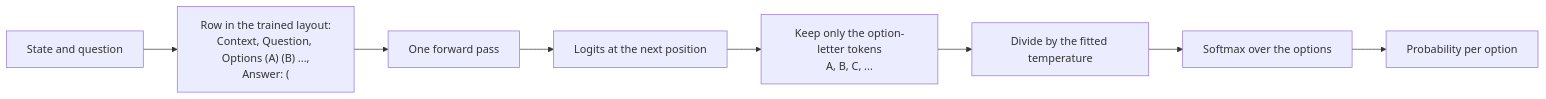
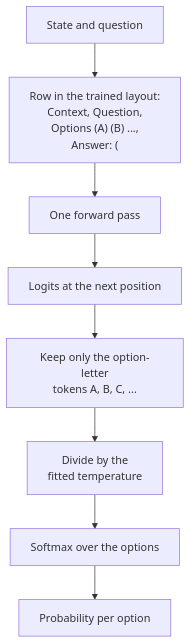
Before and after one commit to fontlaborg/ornotto: the second of 7 diagrams in src_docs/md/03-engines.md, drawn with Mermaid. The commit also changed other lines of this file and 10 other files, not shown here.

Commit message:
Make the diagrams legible and match the theme

````diff
--- a/src_docs/md/03-engines.md
+++ b/src_docs/md/03-engines.md
@@ -86,10 +87,11 @@
 ```mermaid
-flowchart LR
-    S["State and question"] --> P["Row in the trained layout:<br>Context, Question, Options (A) (B) ...,<br>Answer: ("]
+%%{init: {"flowchart": {"useMaxWidth": false}}}%%
+flowchart TD
+    S["State and question"] --> P["Row in the trained layout:<br>Context, Question,<br>Options (A) (B) ...,<br>Answer: ("]
     P --> F["One forward pass"]
     F --> L["Logits at the next position"]
-    L --> K["Keep only the option-letter tokens<br>A, B, C, ..."]
-    K --> T["Divide by the fitted temperature"]
+    L --> K["Keep only the option-letter<br>tokens A, B, C, ..."]
+    K --> T["Divide by the<br>fitted temperature"]
     T --> X["Softmax over the options"]
     X --> R["Probability per option"]
 ```
````
